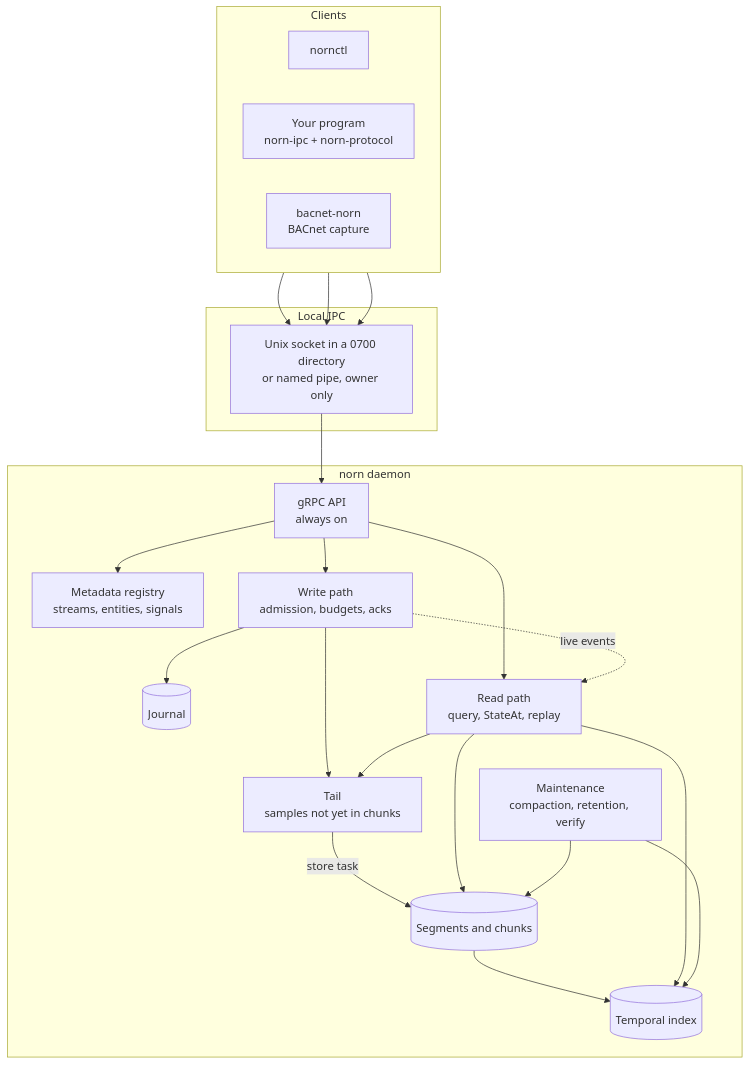
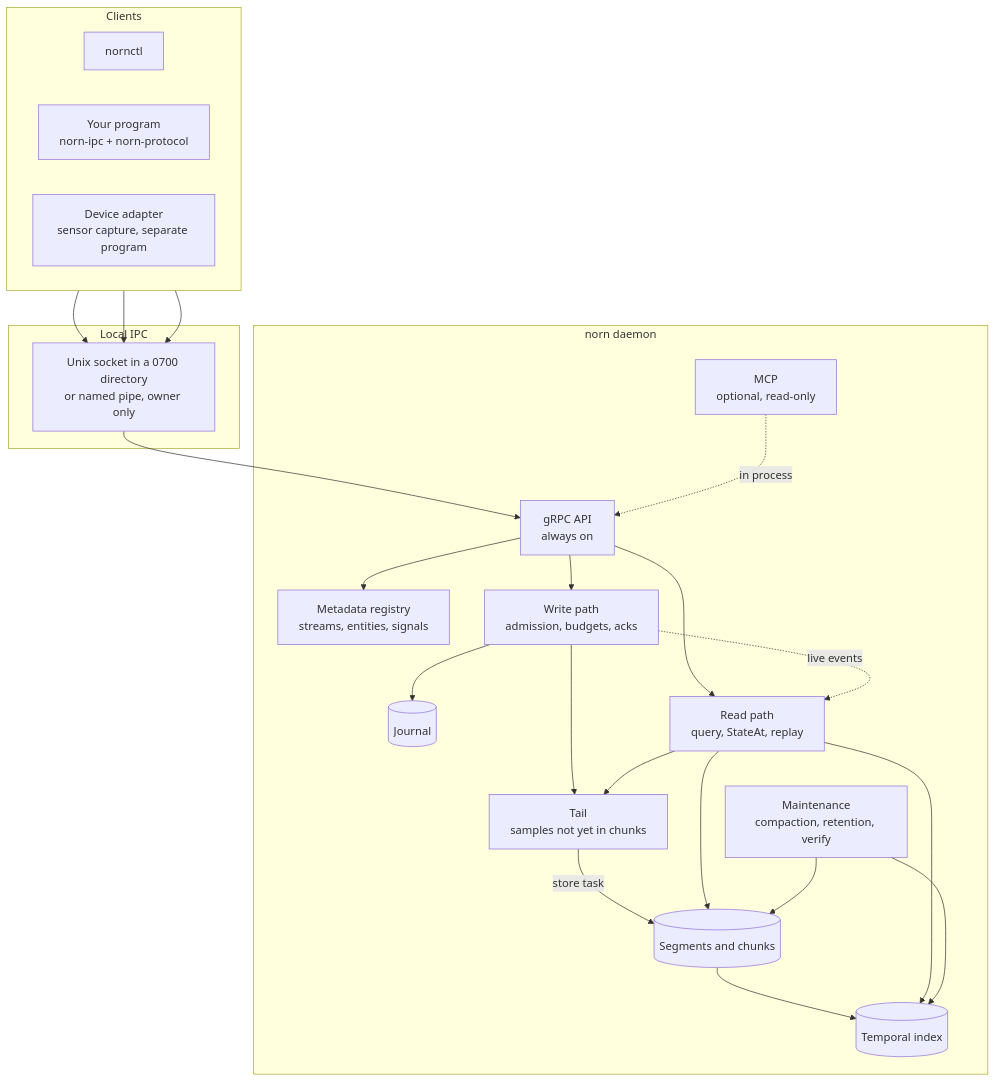
The first of 6 diagrams in README.md (oh-tarnished/norn), drawn with Mermaid before and after one commit. The commit also changed other lines of this file and 41 other files, not shown here.

````diff
--- a/README.md
+++ b/README.md
@@ -161,43 +171,45 @@
 ```mermaid
 flowchart TB
     subgraph clients["Clients"]
         direction LR
         ctl["nornctl"]
         app["Your program<br/>norn-ipc + norn-protocol"]
-        bac["bacnet-norn<br/>BACnet capture"]
+        dev["Device adapter<br/>sensor capture, separate program"]
     end
 
     subgraph ipc["Local IPC"]
         sock["Unix socket in a 0700 directory<br/>or named pipe, owner only"]
     end
 
     subgraph daemon["norn daemon"]
         grpc["gRPC API<br/>always on"]
+        mcp["MCP<br/>optional, read-only"]
         meta["Metadata registry<br/>streams, entities, signals"]
         write["Write path<br/>admission, budgets, acks"]
         journal[("Journal")]
         tail["Tail<br/>samples not yet in chunks"]
         segs[("Segments and chunks")]
         index[("Temporal index")]
         read["Read path<br/>query, StateAt, replay"]
         maint["Maintenance<br/>compaction, retention, verify"]
     end
 
     ctl --> sock
     app --> sock
-    bac --> sock
+    dev --> sock
     sock --> grpc
+    mcp -. "in process" .-> grpc
     grpc --> meta
     grpc --> write
     write --> journal
     write --> tail
     tail -- "store task" --> segs
     segs --> index
     grpc --> read
     read --> tail
     read --> index
     read --> segs
     maint --> segs
     maint --> index
     write -. "live events" .-> read
 ```
````
